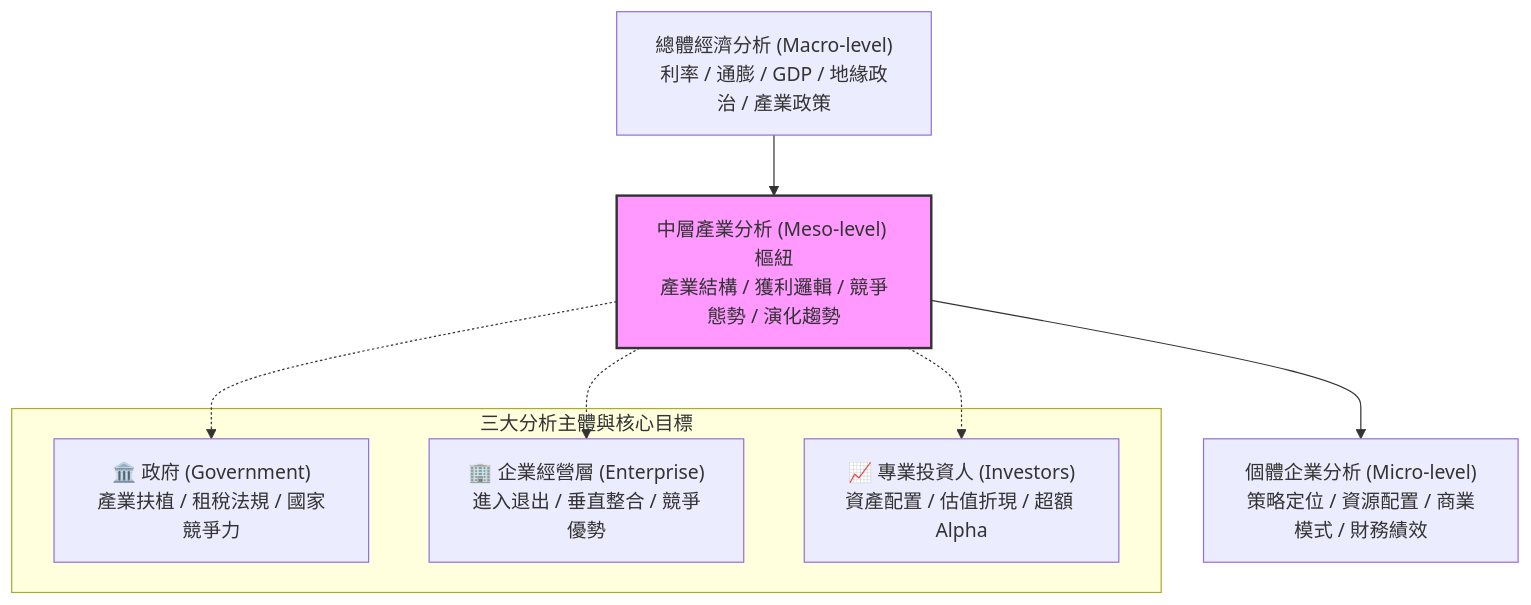
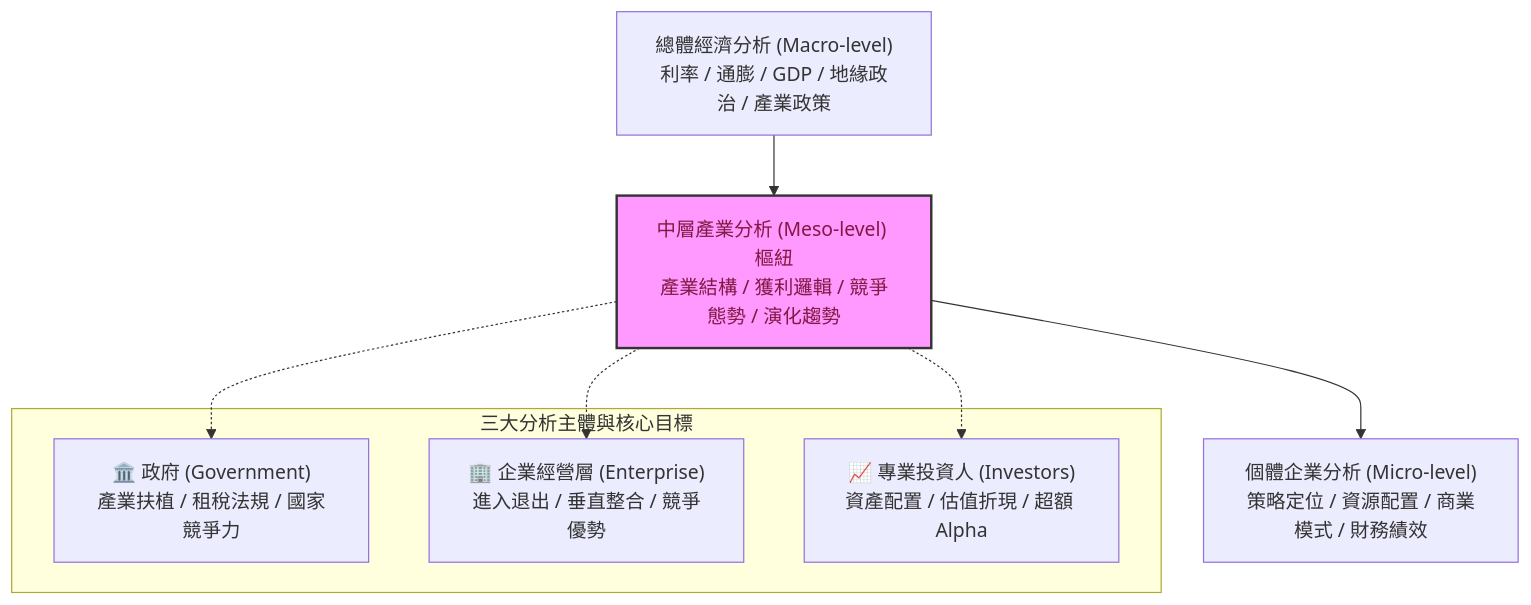
Before and after one commit to Jimlin0428/my-digital-garden: the first of 3 diagrams in src/site/notes/04_主題選修/12_產業分析與投資策略/02_模組筆記/Module_1_總論與架構/M1-1_產業分析本質與中層定位.md, drawn with Mermaid. The commit also changed other lines of this file and 99 other files, not shown here.

````diff
--- a/src/site/notes/04_主題選修/12_產業分析與投資策略/02_模組筆記/Module_1_總論與架構/M1-1_產業分析本質與中層定位.md
+++ b/src/site/notes/04_主題選修/12_產業分析與投資策略/02_模組筆記/Module_1_總論與架構/M1-1_產業分析本質與中層定位.md
@@ -15,17 +15,17 @@
 ```mermaid
 graph TD
     Macro["總體經濟分析 (Macro-level)<br/>利率 / 通膨 / GDP / 地緣政治 / 產業政策"] --> Meso["中層產業分析 (Meso-level) 樞紐<br/>產業結構 / 獲利邏輯 / 競爭態勢 / 演化趨勢"]
     Meso --> Micro["個體企業分析 (Micro-level)<br/>策略定位 / 資源配置 / 商業模式 / 財務績效"]
     
     subgraph 三大分析主體與核心目標
         Gov["🏛️ 政府 (Government)<br/>產業扶植 / 租稅法規 / 國家競爭力"]
         Corp["🏢 企業經營層 (Enterprise)<br/>進入退出 / 垂直整合 / 競爭優勢"]
         Inv["📈 專業投資人 (Investors)<br/>資產配置 / 估值折現 / 超額 Alpha"]
     end
     
     Meso -.-> Gov
     Meso -.-> Corp
     Meso -.-> Inv
     
-    style Meso fill:#f9f,stroke:#333,stroke-width:2px
+    style Meso fill:#f9f,stroke:#333,stroke-width:2px,color:#831843
 ```
````
